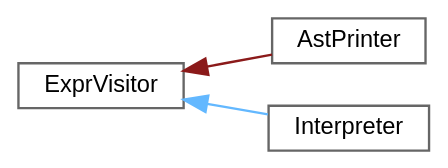
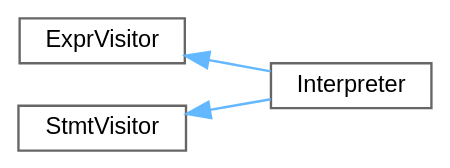
One commit to helcsnewsxd/gsc-interpreter changed the diagram in inherit_graph_0.dot. Above: the diagram before and after it, drawn with Graphviz. The commit also changed 234 other files, not shown here.

```diff
--- a/inherit_graph_0.dot
+++ b/inherit_graph_0.dot
@@ -1,13 +1,13 @@
 digraph "Graphical Class Hierarchy"
 {
  // LATEX_PDF_SIZE
   bgcolor="transparent";
   edge [fontname=Helvetica,fontsize=10,labelfontname=Helvetica,labelfontsize=10];
   node [fontname=Helvetica,fontsize=10,shape=box,height=0.2,width=0.4];
   rankdir="LR";
   Node0 [id="Node000000",label="ExprVisitor",height=0.2,width=0.4,color="grey40", fillcolor="white", style="filled",URL="$classExprVisitor.html",tooltip="Abstract base class for expression visitors."];
-  Node0 -> Node1 [id="edge1_Node000000_Node000001",dir="back",color="firebrick4",style="solid",tooltip=" "];
-  Node1 [id="Node000001",label="AstPrinter",height=0.2,width=0.4,color="grey40", fillcolor="white", style="filled",URL="$classAstPrinter.html",tooltip="Class for printing the abstract syntax tree (AST)."];
-  Node0 -> Node2 [id="edge2_Node000000_Node000002",dir="back",color="steelblue1",style="solid",tooltip=" "];
-  Node2 [id="Node000002",label="Interpreter",height=0.2,width=0.4,color="grey40", fillcolor="white", style="filled",URL="$classInterpreter.html",tooltip="The Interpreter class evaluates expressions in the GSC language."];
+  Node0 -> Node1 [id="edge1_Node000000_Node000001",dir="back",color="steelblue1",style="solid",tooltip=" "];
+  Node1 [id="Node000001",label="Interpreter",height=0.2,width=0.4,color="grey40", fillcolor="white", style="filled",URL="$classInterpreter.html",tooltip="The Interpreter class evaluates statements and expressions in the GSC."];
+  Node2 [id="Node000002",label="StmtVisitor",height=0.2,width=0.4,color="grey40", fillcolor="white", style="filled",URL="$classStmtVisitor.html",tooltip="Abstract base class for statement visitors."];
+  Node2 -> Node1 [id="edge2_Node000002_Node000001",dir="back",color="steelblue1",style="solid",tooltip=" "];
 }
```
